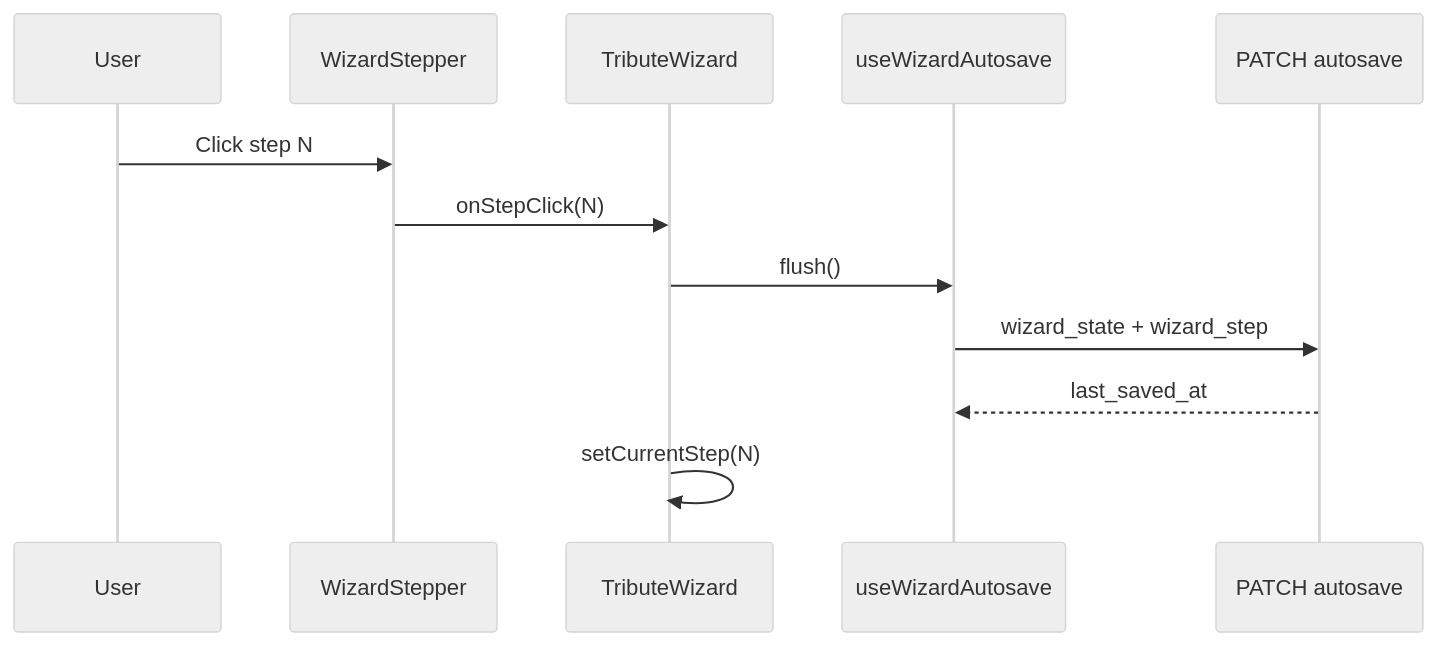
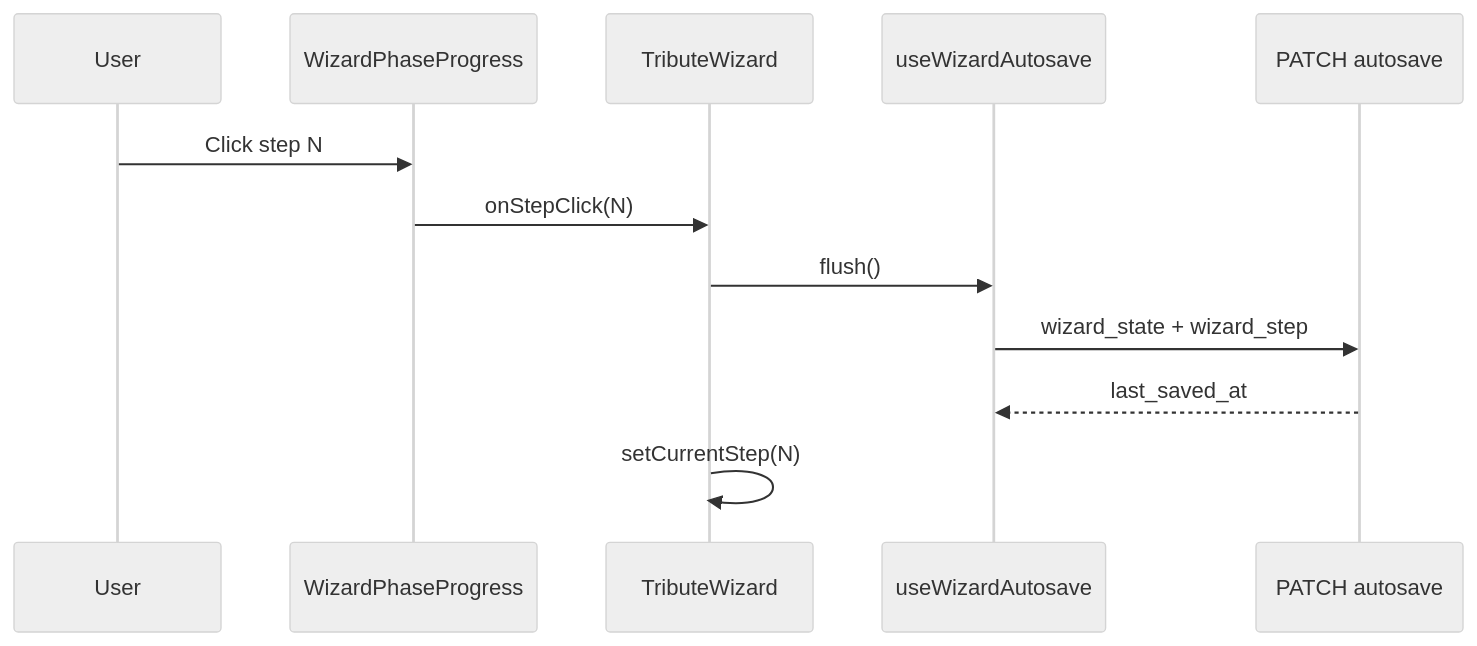
One commit to Lyra-OD/odyssey-web changed the first of 2 diagrams in docs/WIZARD_ARCHITECTURE.md. Above: the diagram before and after it, drawn with Mermaid (neutral theme). The commit also changed other lines of this file and 35 other files, not shown here.

````diff
--- a/docs/WIZARD_ARCHITECTURE.md
+++ b/docs/WIZARD_ARCHITECTURE.md
@@ -140,15 +166,15 @@
 ```mermaid
 sequenceDiagram
   participant User
-  participant Stepper as WizardStepper
+  participant Stepper as WizardPhaseProgress
   participant TW as TributeWizard
   participant AS as useWizardAutosave
   participant API as PATCH autosave
 
   User->>Stepper: Click step N
   Stepper->>TW: onStepClick(N)
   TW->>AS: flush()
   AS->>API: wizard_state + wizard_step
   API-->>AS: last_saved_at
   TW->>TW: setCurrentStep(N)
 ```
````
